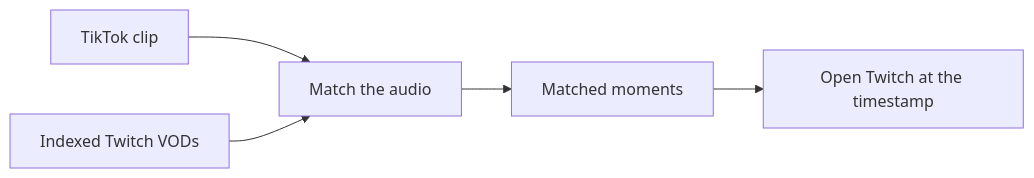
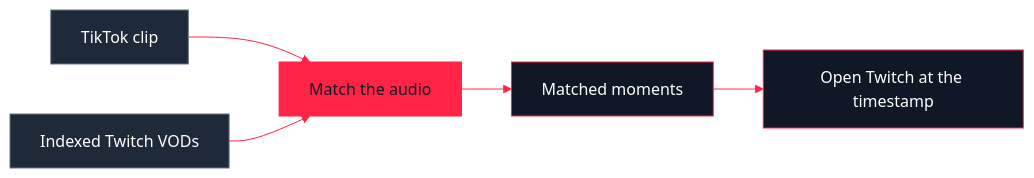
One commit to manofshad/VodHunter changed the diagram in README.md. Above: the diagram before and after it, drawn with Mermaid. The commit also changed other lines of this file and 1 other file, not shown here.

````diff
--- a/README.md
+++ b/README.md
@@ -30,7 +25,15 @@
 ```mermaid
 flowchart LR
     Clip["TikTok clip"] --> Audio["Match the audio"]
     VODs["Indexed Twitch VODs"] --> Audio
     Audio --> Moments["Matched moments"]
     Moments --> Watch["Open Twitch at the timestamp"]
+
+    classDef source fill:#1e2939,stroke:#64748b,color:#ffffff
+    classDef match fill:#ff2446,stroke:#ff2446,color:#101827
+    classDef result fill:#101827,stroke:#ff2446,color:#ffffff
+    class Clip,VODs source
+    class Audio match
+    class Moments,Watch result
+    linkStyle default stroke:#ff2446
 ```
````
